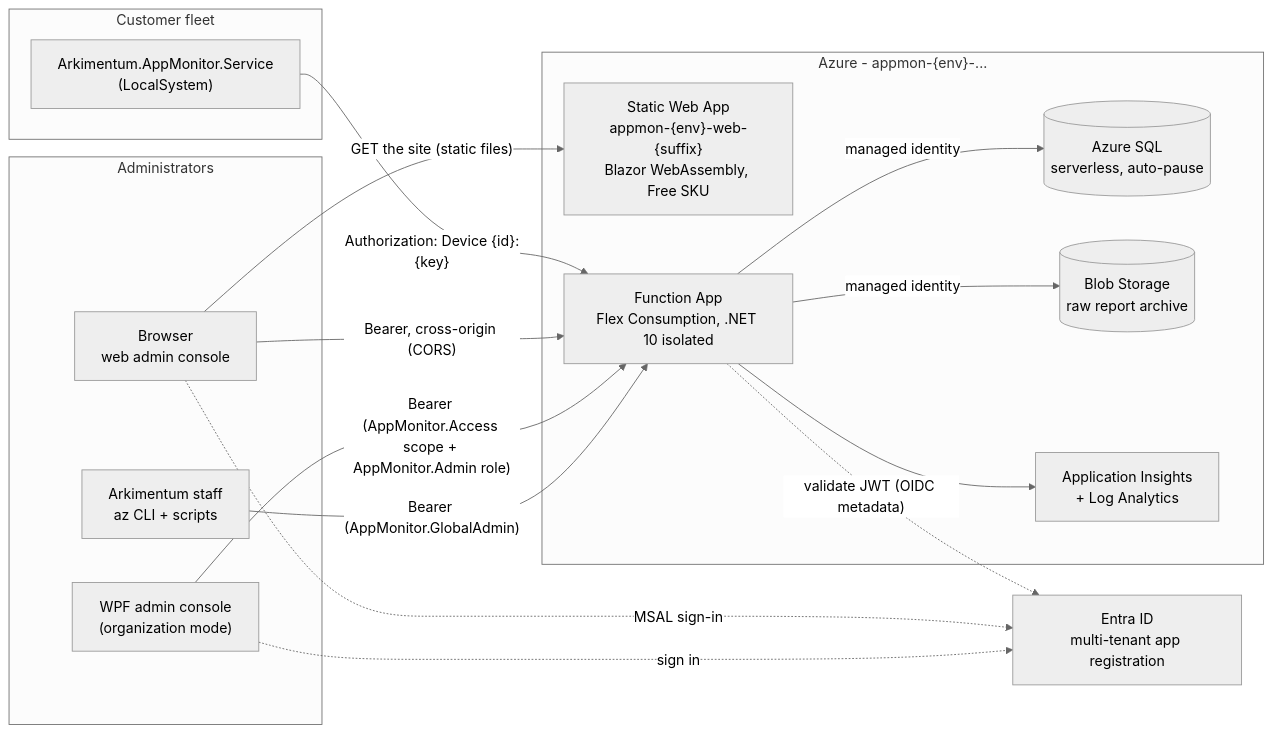
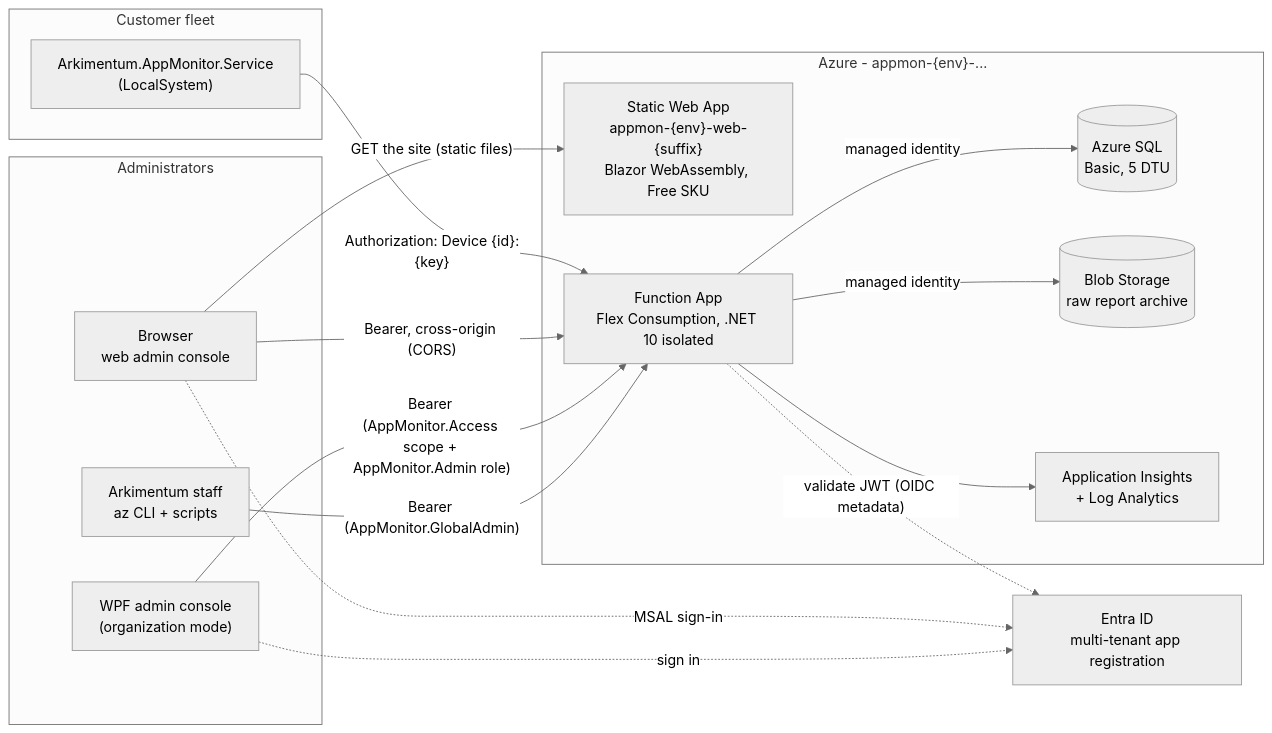
Before and after one commit to woodyard/AppMonitor: the diagram in cloud/README.md, drawn with Mermaid (neutral theme). The commit also changed other lines of this file and 3 other files, not shown here.

First line of the commit message:
Azure SQL defaults to the Basic tier instead of serverless

````diff
--- a/cloud/README.md
+++ b/cloud/README.md
@@ -25,31 +25,31 @@
 ```mermaid
 flowchart LR
     subgraph Fleet["Customer fleet"]
         SVC["Arkimentum.AppMonitor.Service<br/>(LocalSystem)"]
     end
     subgraph Operator["Administrators"]
         BROWSER["Browser<br/>web admin console"]
         WPF["WPF admin console<br/>(organization mode)"]
         OPS["Arkimentum staff<br/>az CLI + scripts"]
     end
     subgraph Azure["Azure - appmon-{env}-..."]
         SWA["Static Web App<br/>appmon-{env}-web-{suffix}<br/>Blazor WebAssembly, Free SKU"]
         FUNC["Function App<br/>Flex Consumption, .NET 10 isolated"]
-        SQL[("Azure SQL<br/>serverless, auto-pause")]
+        SQL[("Azure SQL<br/>Basic, 5 DTU")]
         BLOB[("Blob Storage<br/>raw report archive")]
         AI["Application Insights<br/>+ Log Analytics"]
     end
     ENTRA["Entra ID<br/>multi-tenant app registration"]
 
     SVC -- "Authorization: Device {id}:{key}" --> FUNC
     BROWSER -- "GET the site (static files)" --> SWA
     BROWSER -- "Bearer, cross-origin (CORS)" --> FUNC
     WPF -- "Bearer (AppMonitor.Access scope + AppMonitor.Admin role)" --> FUNC
     OPS -- "Bearer (AppMonitor.GlobalAdmin)" --> FUNC
     BROWSER -. "MSAL sign-in" .-> ENTRA
     WPF -. "sign in" .-> ENTRA
     FUNC -. "validate JWT (OIDC metadata)" .-> ENTRA
     FUNC -- "managed identity" --> SQL
     FUNC -- "managed identity" --> BLOB
     FUNC --> AI
 ```
````
